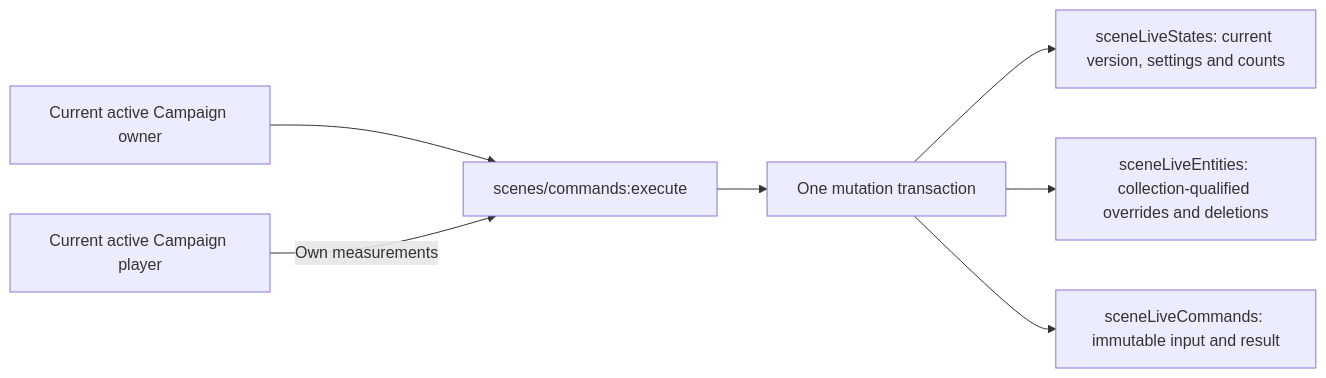
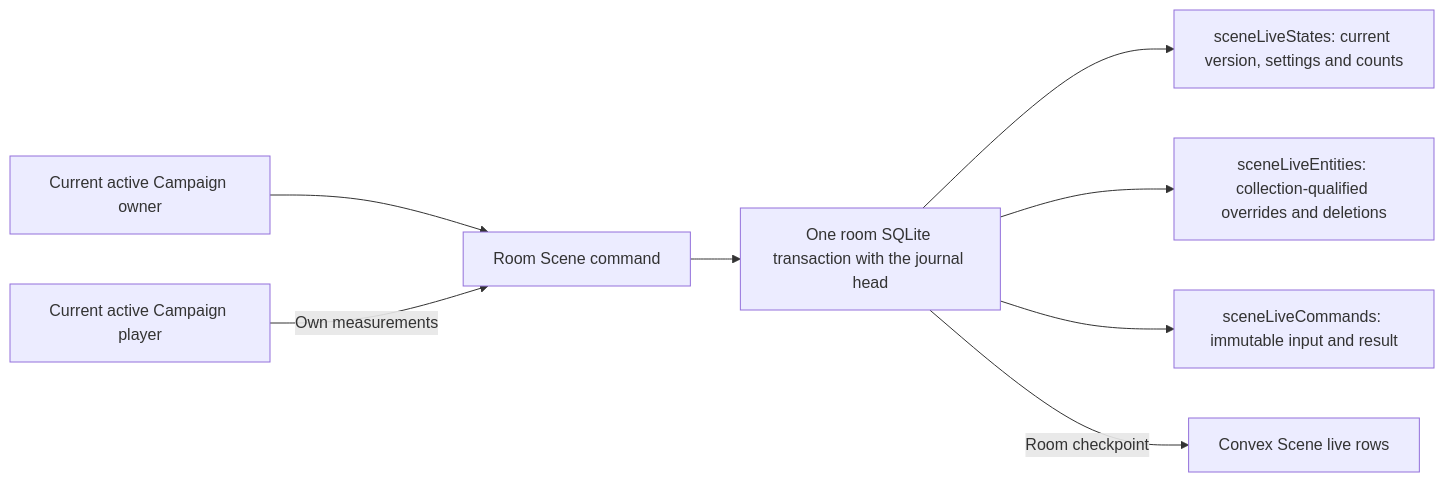
One commit to MPiland/artificer-toolkit changed diagram 33 of 49 in docs/architecture/persistence.md. Above: the diagram before and after it, drawn with Mermaid. The commit also changed other lines of this file and 76 other files, not shown here.

First line of the commit message:
Delete the Convex Scene command path; the room is the only Scene writer (A35-S3c1)

````diff
--- a/docs/architecture/persistence.md
+++ b/docs/architecture/persistence.md
@@ -2817,9 +2821,10 @@
 ```mermaid
 flowchart LR
-  Owner["Current active Campaign owner"] --> Edit["scenes/commands:execute"]
+  Owner["Current active Campaign owner"] --> Edit["Room Scene command"]
   Player["Current active Campaign player"] -->|"Own measurements"| Edit
-  Edit --> Atomic["One mutation transaction"]
+  Edit --> Atomic["One room SQLite transaction with the journal head"]
   Atomic --> Head["sceneLiveStates: current version, settings and counts"]
   Atomic --> Entities["sceneLiveEntities: collection-qualified overrides and deletions"]
   Atomic --> Receipt["sceneLiveCommands: immutable input and result"]
+  Atomic -->|"Room checkpoint"| Convex["Convex Scene live rows"]
 ```
````
